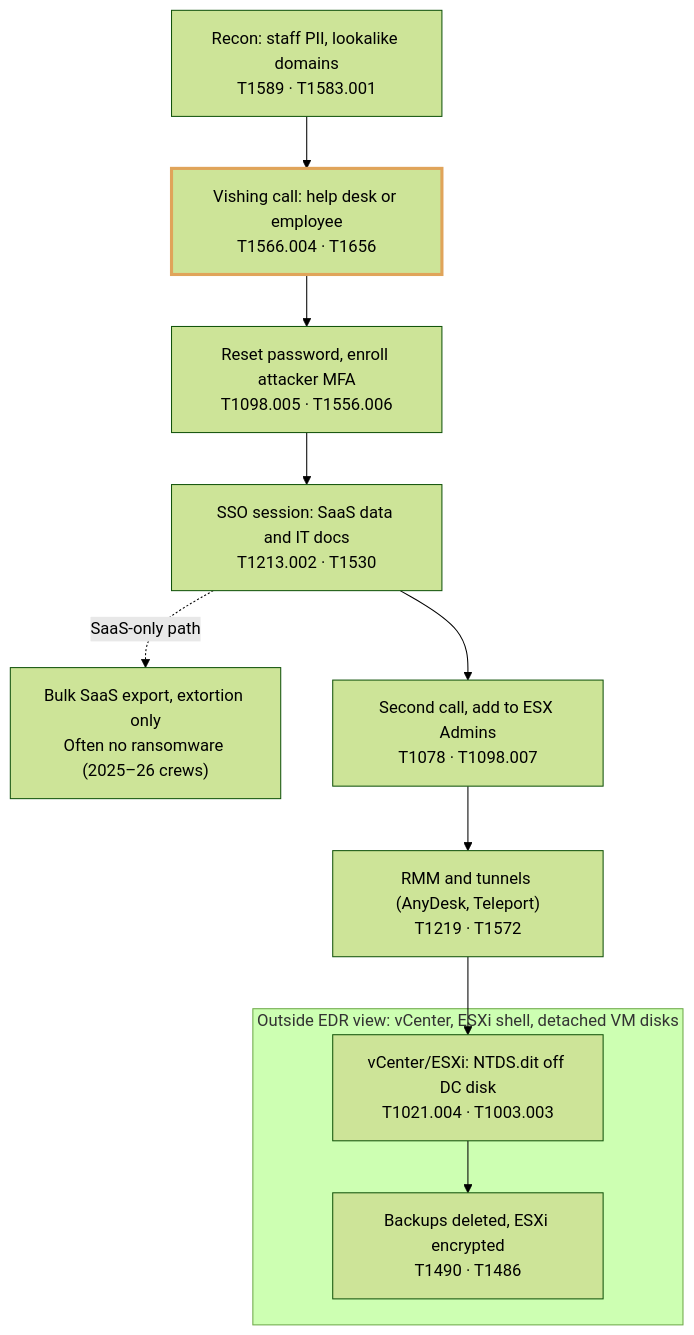
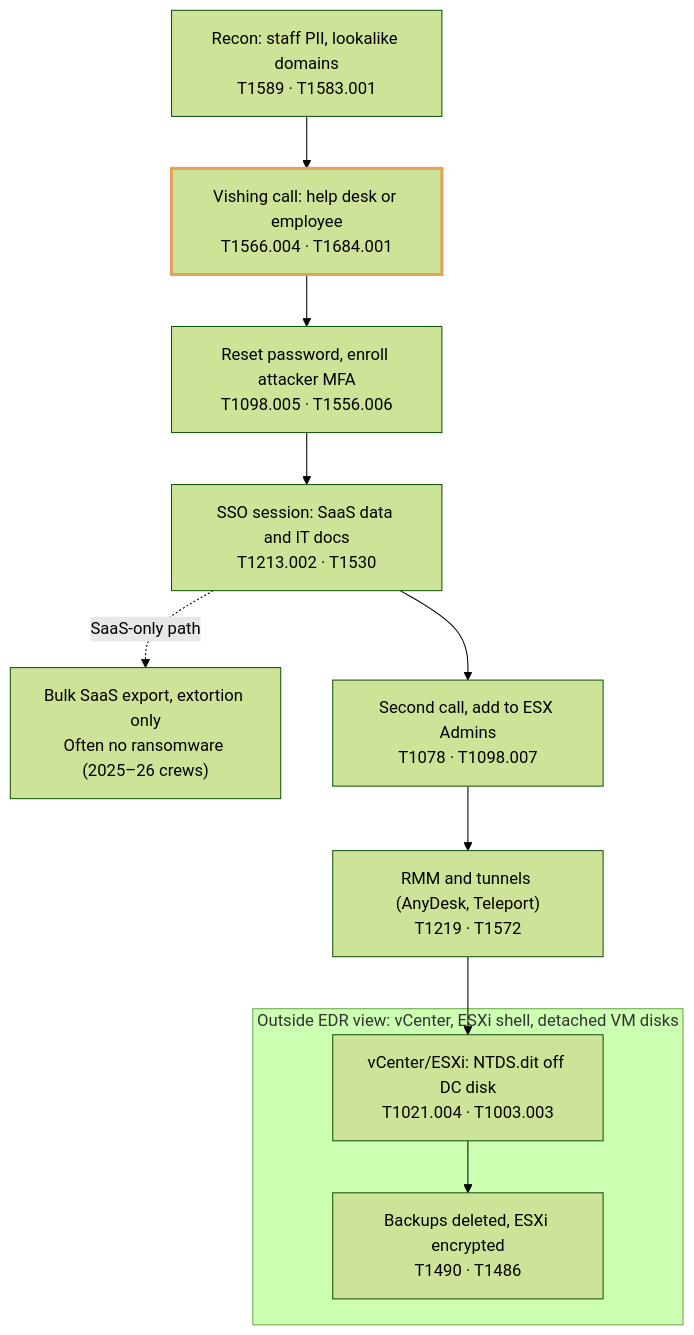
Before and after one commit to jp101216/Threat-Intelligence-Reports: the diagram in Scattered-Spider/README.md, drawn with Mermaid (forest theme). The commit also changed other lines of this file, not shown here.

````diff
--- a/Scattered-Spider/README.md
+++ b/Scattered-Spider/README.md
@@ -50,16 +50,16 @@
 ```mermaid
 flowchart TD
-    A["Recon: staff PII, lookalike domains<br/>T1589 · T1583.001"] --> B["Vishing call: help desk or employee<br/>T1566.004 · T1656"]
+    A["Recon: staff PII, lookalike domains<br/>T1589 · T1583.001"] --> B["Vishing call: help desk or employee<br/>T1566.004 · T1684.001"]
     B --> C["Reset password, enroll attacker MFA<br/>T1098.005 · T1556.006"]
     C --> D["SSO session: SaaS data and IT docs<br/>T1213.002 · T1530"]
     D -.->|SaaS-only path| X["Bulk SaaS export, extortion only<br/>Often no ransomware (2025–26 crews)"]
     D --> E["Second call, add to ESX Admins<br/>T1078 · T1098.007"]
     E --> F["RMM and tunnels (AnyDesk, Teleport)<br/>T1219 · T1572"]
     F --> G["vCenter/ESXi: NTDS.dit off DC disk<br/>T1021.004 · T1003.003"]
     G --> H["Backups deleted, ESXi encrypted<br/>T1490 · T1486"]
     subgraph gap["Outside EDR view: vCenter, ESXi shell, detached VM disks"]
         G
         H
     end
     style B stroke:#E0A45A,stroke-width:3px
 ```
````
